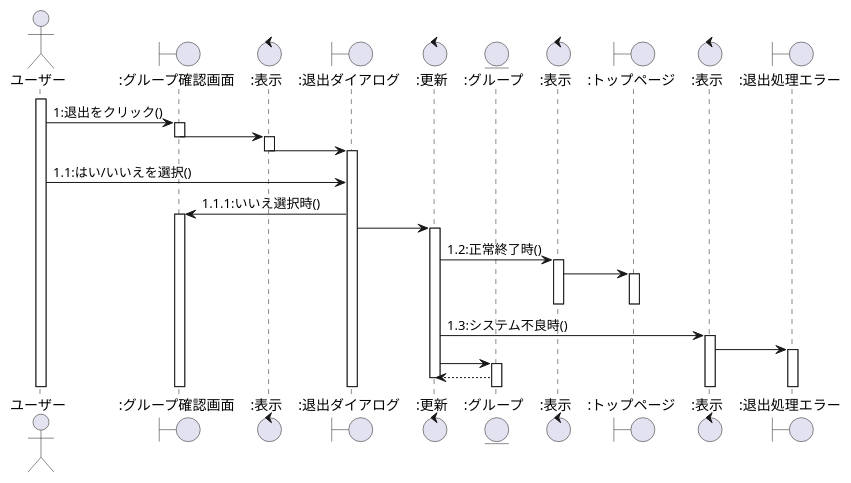
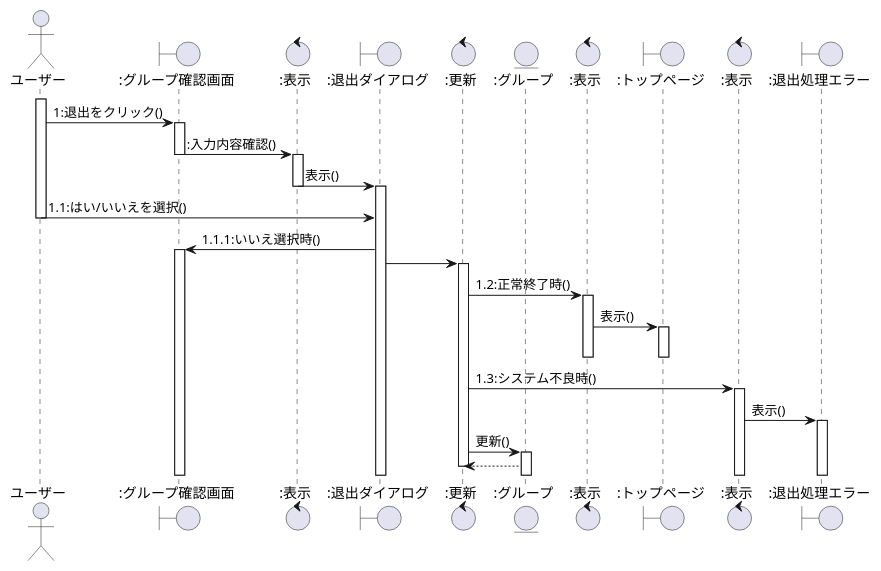
Before and after one commit to ksw2270227/GroupF: the third of 7 diagrams in user2_sequence.plantuml, drawn with PlantUML. The commit also changed other lines of this file and 1 other file, not shown here.

```diff
--- a/user2_sequence.plantuml
+++ b/user2_sequence.plantuml
@@ -67,41 +67,42 @@
 @startuml グループ退出シーケンス図
 actor ユーザー as 0
 boundary ":グループ確認画面" as a
 control ":表示" as b
 boundary ":退出ダイアログ" as c
 control ":更新" as d
 entity ":グループ" as e
 control ":表示" as f
 boundary ":トップページ" as g
 control ":表示" as h
 boundary ":退出処理エラー" as i
 
 activate 0
     0 -> a:1:退出をクリック()
     activate a
-    a -> b
+    a -> b::入力内容確認()
     deactivate a
     activate b
-    b -> c
+    b -> c:表示()
     deactivate b
     activate c
     0 -> c:1.1:はい/いいえを選択()
+    deactivate 0
     c -> a:1.1.1:いいえ選択時()
     activate a
     c -> d
     activate d
     d -> f:1.2:正常終了時()
     activate f
-    f -> g
+    f -> g:表示()
     activate g
     deactivate f
     deactivate g
     d -> h:1.3:システム不良時()
     activate h
-    h -> i
+    h -> i:表示()
     activate i
-    d -> e
+    d -> e:更新()
     activate e
     e --> d
     deactivate d
 @enduml
```
